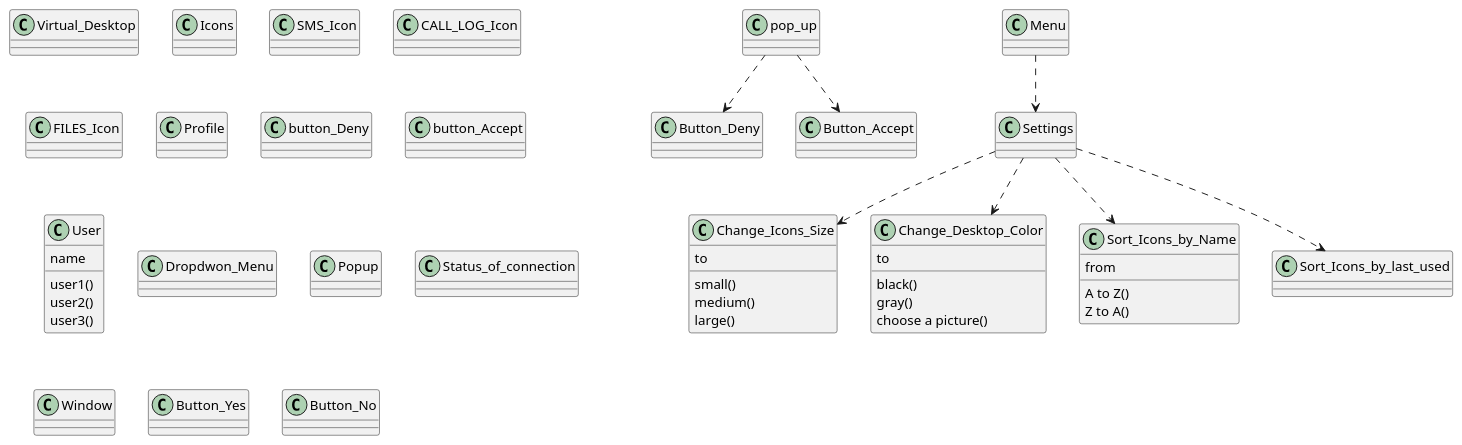
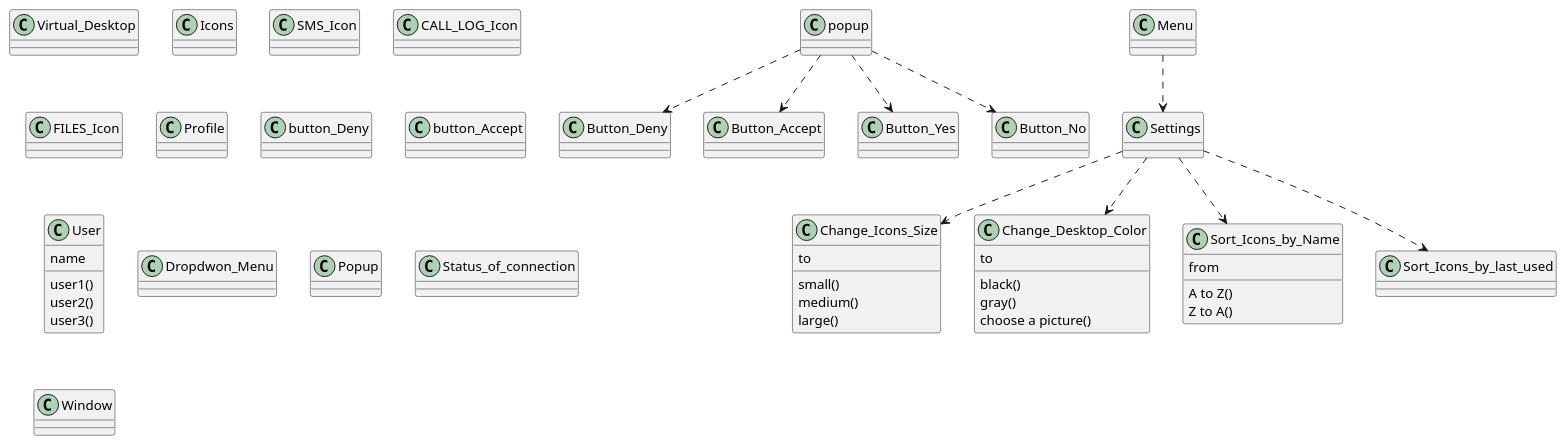
Before and after one commit to ofrasia/Remote_Phone_App_1: the diagram in Class Diagram.puml, drawn with PlantUML.

```diff
--- a/Class Diagram.puml
+++ b/Class Diagram.puml
@@ -1,69 +1,71 @@
 @startuml
 class Virtual_Desktop {
 }
 class Icons {
 }
 class SMS_Icon {
 }
 class CALL_LOG_Icon {
 }
 class FILES_Icon {
 }
 class Profile {
 }
 class button_Deny {
 }
 class button_Accept
-pop_up ..> Button_Deny
-pop_up ..>Button_Accept
+popup ..> Button_Deny
+popup ..>Button_Accept
+popup ..> Button_Yes
+popup ..> Button_No
 
 class Change_Icons_Size {
 to
 small()
 medium()
 large()
 }
 
 class Change_Desktop_Color {
 to
 black()
 gray()
 choose a picture()
 }
 
 class Sort_Icons_by_Name {
 from
 A to Z()
 Z to A()
 }
 
 
 
 Menu ..> Settings
 Settings ..> Change_Icons_Size
 Settings ..> Change_Desktop_Color
 Settings ..> Sort_Icons_by_Name
 Settings ..> Sort_Icons_by_last_used
 
 class User {
 name
 user1()
 user2()
 user3()
 }
 class Dropdwon_Menu {
 }
 class Popup {
 }
 class Settings {
 }
 class Status_of_connection {
 }
 class Window {
 }
 class Button_Yes {
 }
 class Button_No {
 }
 
 @enduml
```
